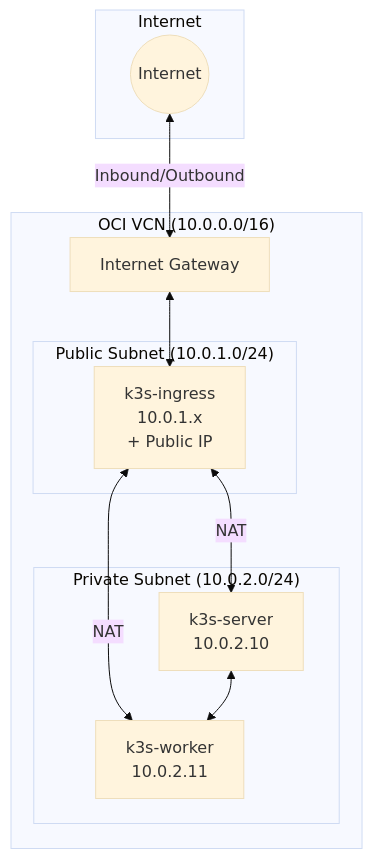
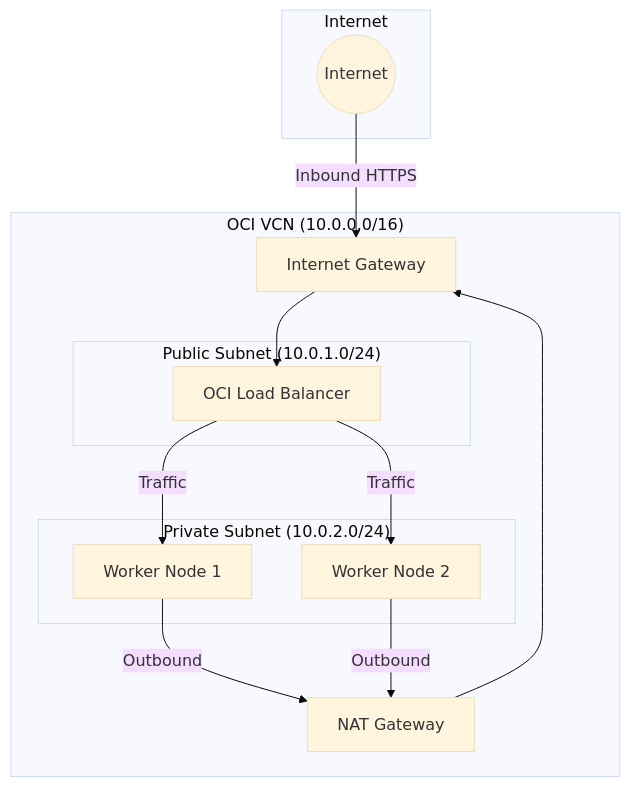
The first of 2 diagrams in docs/src/content/docs/architecture/networking.md (nsudhanva/k8s-oracle), drawn with Mermaid (base theme) before and after one commit. The commit also changed other lines of this file and 16 other files, not shown here.

Commit message:
docs: update architecture to OKE and fix envoy gateway subnet

````diff
--- a/docs/src/content/docs/architecture/networking.md
+++ b/docs/src/content/docs/architecture/networking.md
@@ -8,25 +8,29 @@
 ```mermaid
 graph TB
     subgraph Internet
         WWW((Internet))
     end
 
     subgraph OCI["OCI VCN (10.0.0.0/16)"]
         IGW[Internet Gateway]
+        NAT[NAT Gateway]
 
         subgraph Public["Public Subnet (10.0.1.0/24)"]
-            Ingress[k3s-ingress<br/>10.0.1.x<br/>+ Public IP]
+            LB[OCI Load Balancer]
         end
 
         subgraph Private["Private Subnet (10.0.2.0/24)"]
-            Server[k3s-server<br/>10.0.2.10]
-            Worker[k3s-worker<br/>10.0.2.11]
+            Worker1[Worker Node 1]
+            Worker2[Worker Node 2]
         end
     end
 
-    WWW <-->|Inbound/Outbound| IGW
-    IGW <--> Ingress
-    Ingress <-->|NAT| Server
-    Ingress <-->|NAT| Worker
-    Server <--> Worker
+    WWW -->|Inbound HTTPS| IGW
+    IGW --> LB
+    LB -->|Traffic| Worker1
+    LB -->|Traffic| Worker2
+    
+    Worker1 -->|Outbound| NAT
+    Worker2 -->|Outbound| NAT
+    NAT --> IGW
 ```
````
